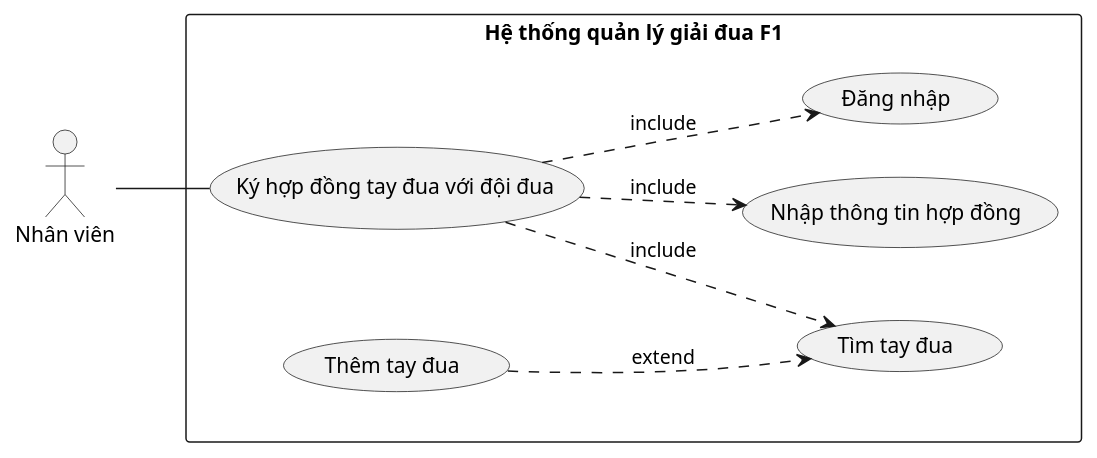
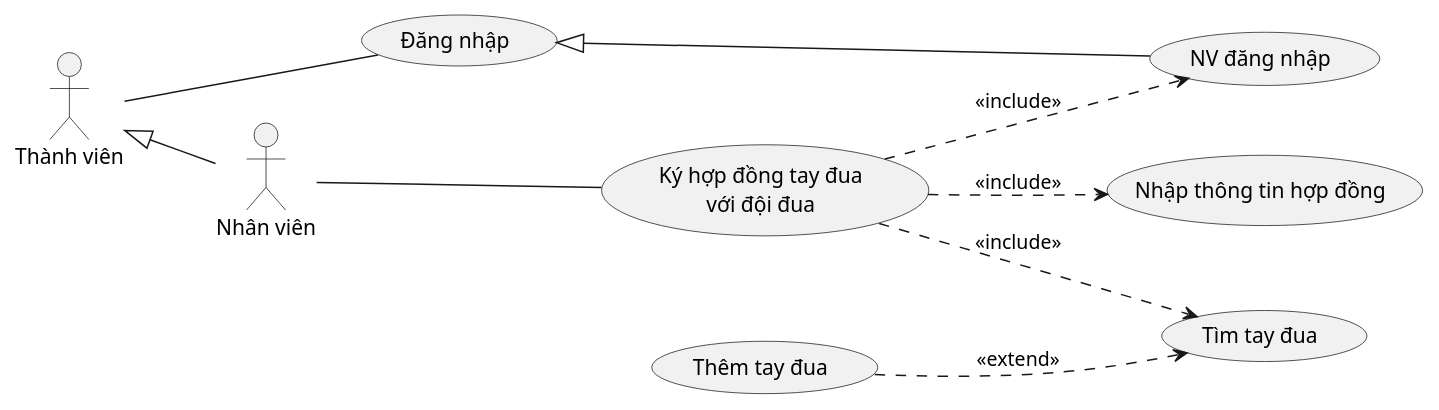
Before and after one commit to 7gho/CNPM-He2026: the first of 6 diagrams in Module 1 - Quan/noi-dung.md, drawn with PlantUML. The commit also changed other lines of this file and 41 other files, not shown here.

````diff
--- a/Module 1 - Quan/noi-dung.md
+++ b/Module 1 - Quan/noi-dung.md
@@ -37,18 +37,25 @@
 ```plantuml
 @startuml
 left to right direction
+
+actor "Thành viên" as TV
 actor "Nhân viên" as NV
-rectangle "Hệ thống quản lý giải đua F1" {
-  usecase "Ký hợp đồng tay đua với đội đua" as UC
-  usecase "Đăng nhập" as DN
-  usecase "Tìm tay đua" as TIM
-  usecase "Nhập thông tin hợp đồng" as NHAP
-  usecase "Thêm tay đua" as THEM
-  UC ..> DN : include
-  UC ..> TIM : include
-  UC ..> NHAP : include
-  THEM ..> TIM : extend
-}
+TV <|-- NV
+
+usecase "Đăng nhập" as DN
+usecase "NV đăng nhập" as NVDN
+usecase "Ký hợp đồng tay đua\nvới đội đua" as UC
+usecase "Tìm tay đua" as TIM
+usecase "Nhập thông tin hợp đồng" as NHAP
+usecase "Thêm tay đua" as THEM
+
+TV -- DN
 NV -- UC
+
+DN <|-- NVDN
+UC ..> NVDN : <<include>>
+UC ..> TIM : <<include>>
+UC ..> NHAP : <<include>>
+THEM ..> TIM : <<extend>>
 @enduml
 ```
````
